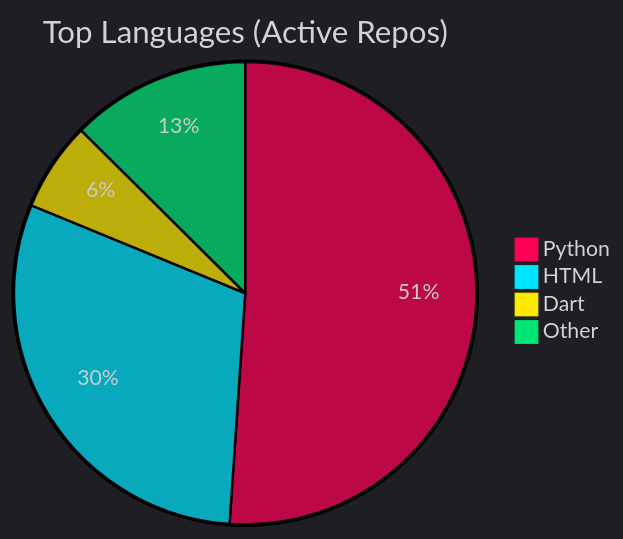
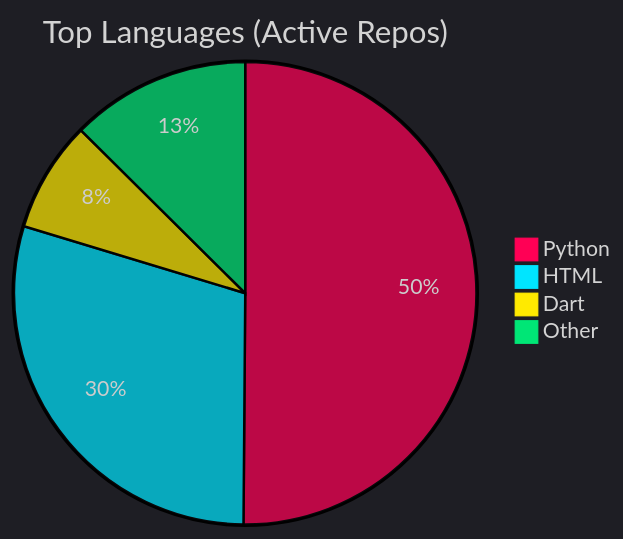
The diagram in README.md (Nzettodess/Nzettodess), drawn with Mermaid before and after one commit. The commit also changed other lines of this file, not shown here.

Commit message:
Update recent activity [skip ci]

````diff
--- a/README.md
+++ b/README.md
@@ -35,8 +35,8 @@
 ```mermaid
 %%{init: {'theme': 'dark', 'themeVariables': { 'pie1': '#FF0055', 'pie2': '#00E5FF', 'pie3': '#FFEA00', 'pie4': '#00E676', 'pie5': '#D500F9' }}}%%
 pie title Top Languages (Active Repos)
-    "Python" : 51.08
-    "HTML" : 30.12
-    "Dart" : 6.24
-    "Other" : 12.56
+    "Python" : 50.12
+    "HTML" : 29.56
+    "Dart" : 7.75
+    "Other" : 12.57
 ```
````
